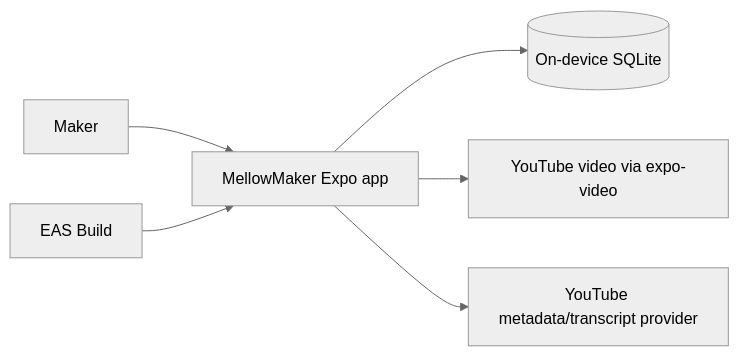
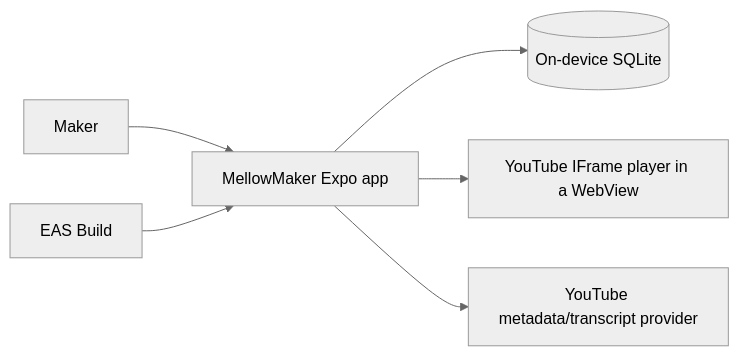
One commit to ciaran-slow/MellowMaker changed the diagram in docs/architecture.md. Above: the diagram before and after it, drawn with Mermaid (neutral theme). The commit also changed other lines of this file and 2 other files, not shown here.

First line of the commit message:
Record compliant YouTube source decision: IFrame-WebView playback, oEmbed metadata (#8) (#29)

````diff
--- a/docs/architecture.md
+++ b/docs/architecture.md
@@ -25,8 +25,8 @@
 ```mermaid
 flowchart LR
     Maker[Maker] --> App[MellowMaker Expo app]
     App --> DB[(On-device SQLite)]
-    App --> Video[YouTube video via expo-video]
+    App --> Video[YouTube IFrame player in a WebView]
     App --> Import[YouTube metadata/transcript provider]
     EAS[EAS Build] --> App
 ```
````
